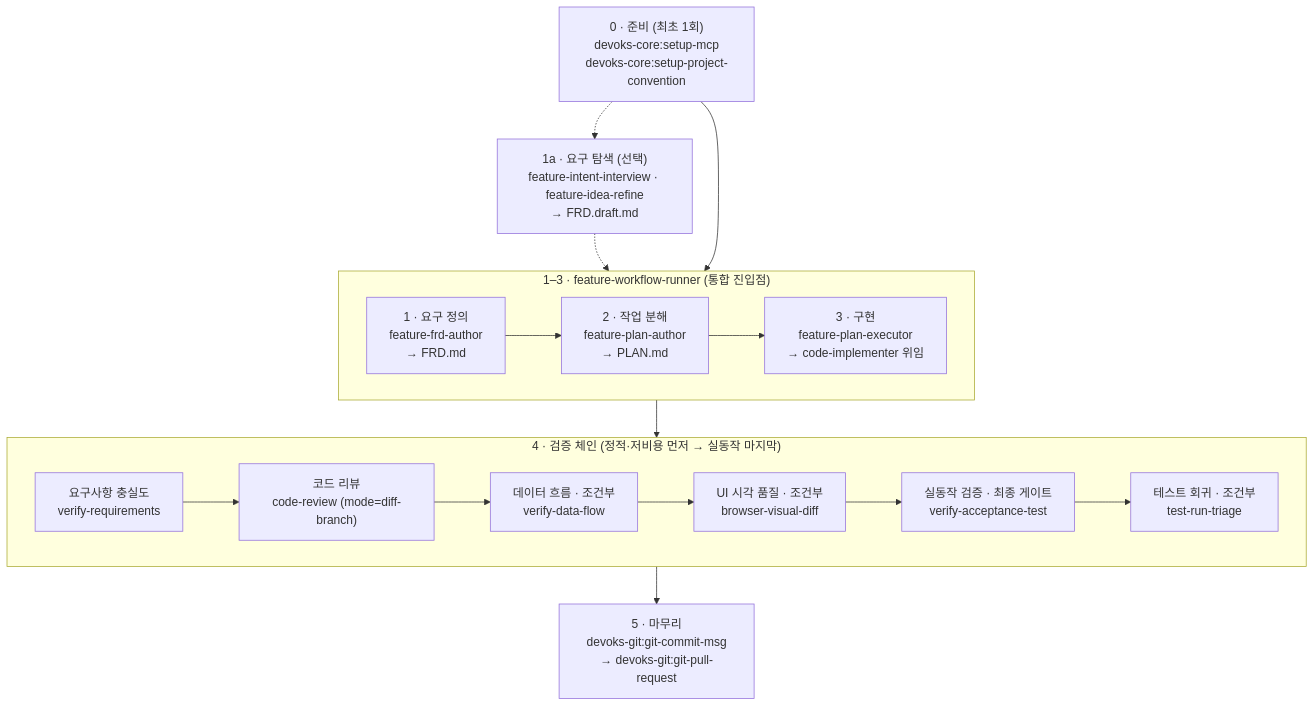
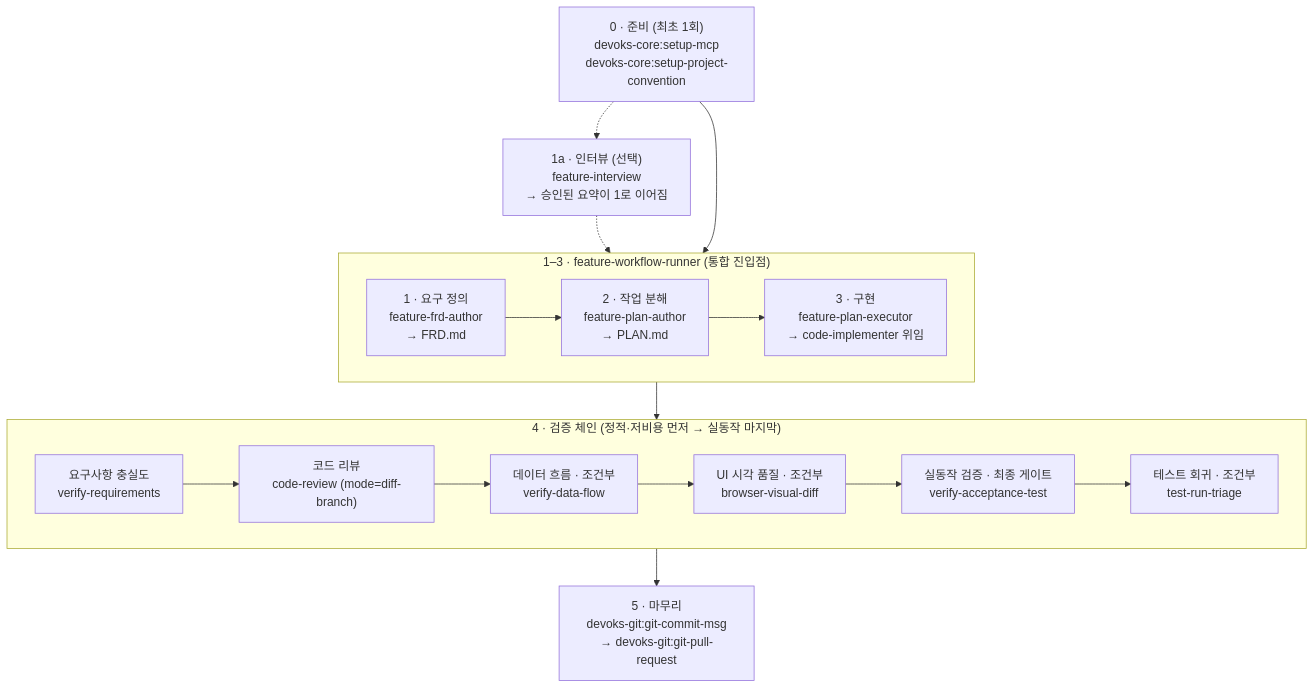
The diagram in docs/README.ko.md (ridsync/devoks-team-harness), drawn with Mermaid before and after one commit. The commit also changed other lines of this file and 17 other files, not shown here.

First line of the commit message:
refactor(devoks-sdlc): Define 앞단 두 스킬을 feature-interview로 통합하고 frd-author Phase 0 게이트로 연결

````diff
--- a/docs/README.ko.md
+++ b/docs/README.ko.md
@@ -108,33 +108,33 @@
 ```mermaid
 flowchart TD
     S["0 · 준비 (최초 1회)<br/>devoks-core:setup-mcp<br/>devoks-core:setup-project-convention"]
 
-    D["1a · 요구 탐색 (선택)<br/>feature-intent-interview · feature-idea-refine<br/>→ FRD.draft.md"]
+    D["1a · 인터뷰 (선택)<br/>feature-interview<br/>→ 승인된 요약이 1로 이어짐"]
 
     subgraph BUILD["1–3 · feature-workflow-runner (통합 진입점)"]
         direction LR
         F["1 · 요구 정의<br/>feature-frd-author<br/>→ FRD.md"]
         P["2 · 작업 분해<br/>feature-plan-author<br/>→ PLAN.md"]
         I["3 · 구현<br/>feature-plan-executor<br/>→ code-implementer 위임"]
         F --> P --> I
     end
 
     subgraph VERIFY["4 · 검증 체인 (정적·저비용 먼저 → 실동작 마지막)"]
         direction LR
         V1["요구사항 충실도<br/>verify-requirements"]
         V2["코드 리뷰<br/>code-review (mode=diff-branch)"]
         V3["데이터 흐름 · 조건부<br/>verify-data-flow"]
         V4["UI 시각 품질 · 조건부<br/>browser-visual-diff"]
         V5["실동작 검증 · 최종 게이트<br/>verify-acceptance-test"]
         V6["테스트 회귀 · 조건부<br/>test-run-triage"]
         V1 --> V2 --> V3 --> V4 --> V5 --> V6
     end
 
     C["5 · 마무리<br/>devoks-git:git-commit-msg<br/>→ devoks-git:git-pull-request"]
 
     S --> BUILD
     S -.-> D
     D -.-> F
     BUILD --> VERIFY
     VERIFY --> C
 ```
````
